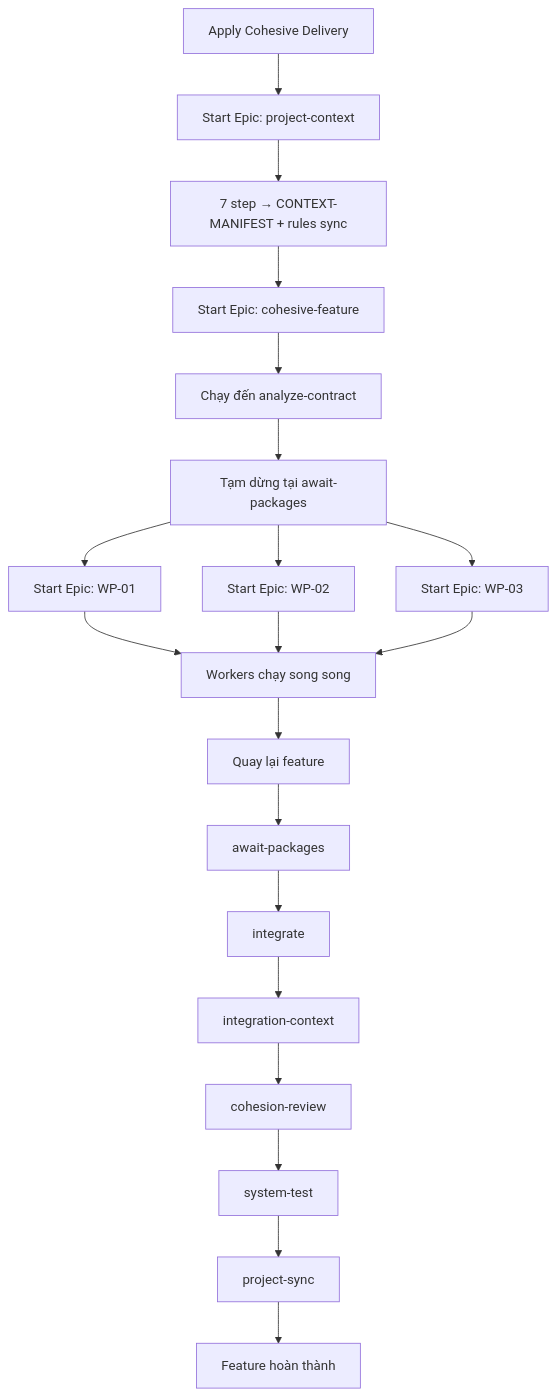
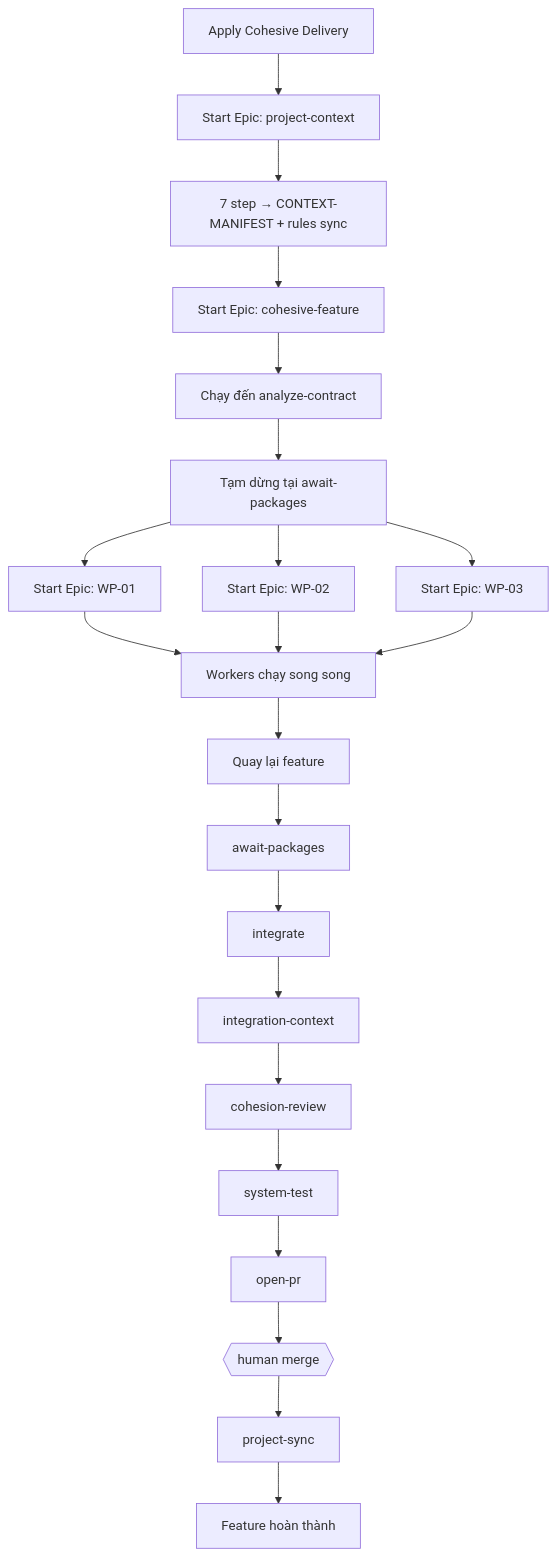
One commit to o00ontcong/aidlc changed the ninth of 9 diagrams in packages/extension/media/guides/cohesive-delivery.md. Above: the diagram before and after it, drawn with Mermaid. The commit also changed other lines of this file and 55 other files, not shown here.

````diff
--- a/packages/extension/media/guides/cohesive-delivery.md
+++ b/packages/extension/media/guides/cohesive-delivery.md
@@ -499,25 +602,27 @@
 ```mermaid
 flowchart TB
   A[Apply Cohesive Delivery] --> B[Start Epic: project-context]
   B --> C[7 step → CONTEXT-MANIFEST + rules sync]
   C --> D[Start Epic: cohesive-feature]
   D --> E[Chạy đến analyze-contract]
   E --> F[Tạm dừng tại await-packages]
 
   F --> G1[Start Epic: WP-01]
   F --> G2[Start Epic: WP-02]
   F --> G3[Start Epic: WP-03]
 
   G1 --> H[Workers chạy song song]
   G2 --> H
   G3 --> H
 
   H --> I[Quay lại feature]
   I --> J[await-packages]
   J --> K[integrate]
   K --> L[integration-context]
   L --> M[cohesion-review]
   M --> N[system-test]
-  N --> O[project-sync]
-  O --> P[Feature hoàn thành]
+  N --> O[open-pr]
+  O --> P{{human merge}}
+  P --> Q[project-sync]
+  Q --> R[Feature hoàn thành]
 ```
````
